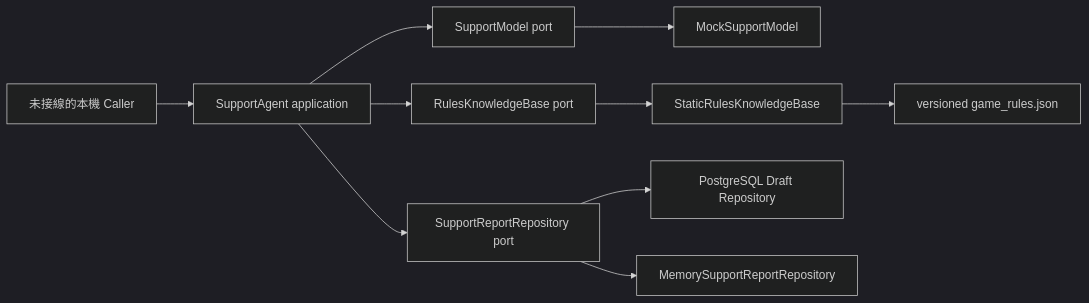
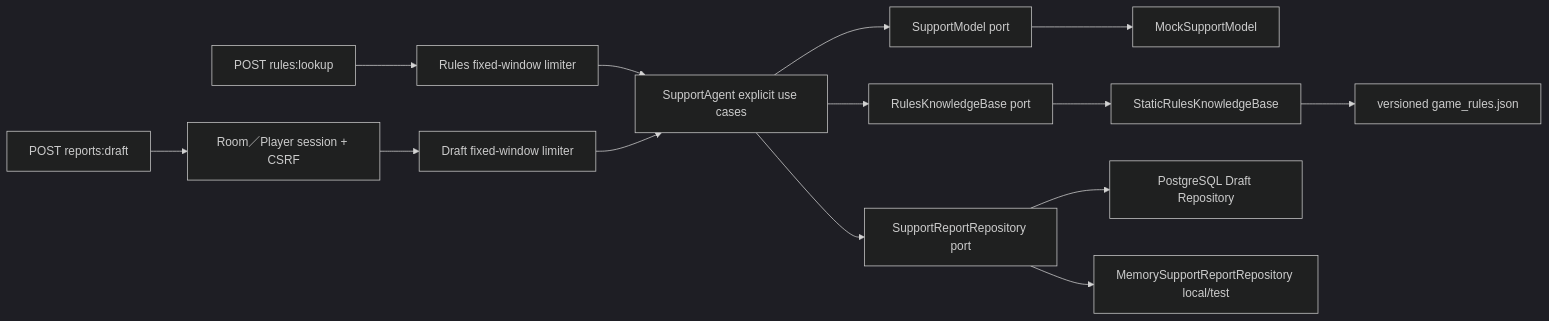
Before and after one commit to ChaoMing0815/AWS-cloud-lab: the diagram in docs/architecture/support-agent.md, drawn with Mermaid (dark theme). The commit also changed other lines of this file and 2 other files, not shown here.

Commit message:
refactor: isolate support API side-effect probes

````diff
--- a/docs/architecture/support-agent.md
+++ b/docs/architecture/support-agent.md
@@ -5,12 +5,16 @@
 ```mermaid
 flowchart LR
-    Caller[未接線的本機 Caller] --> App[SupportAgent application]
+    RulesRoute[POST rules:lookup] --> RulesLimit[Rules fixed-window limiter]
+    DraftRoute[POST reports:draft] --> Session[Room／Player session + CSRF]
+    Session --> DraftLimit[Draft fixed-window limiter]
+    RulesLimit --> App[SupportAgent explicit use cases]
+    DraftLimit --> App
     App --> ModelPort[SupportModel port]
     App --> RulesPort[RulesKnowledgeBase port]
     App --> ReportPort[SupportReportRepository port]
     ReportPort --> Postgres[PostgreSQL Draft Repository]
     ModelPort --> Mock[MockSupportModel]
     RulesPort --> Static[StaticRulesKnowledgeBase]
     Static --> JSON[versioned game_rules.json]
-    ReportPort --> Memory[MemorySupportReportRepository]
+    ReportPort --> Memory[MemorySupportReportRepository local/test]
 ```
````
